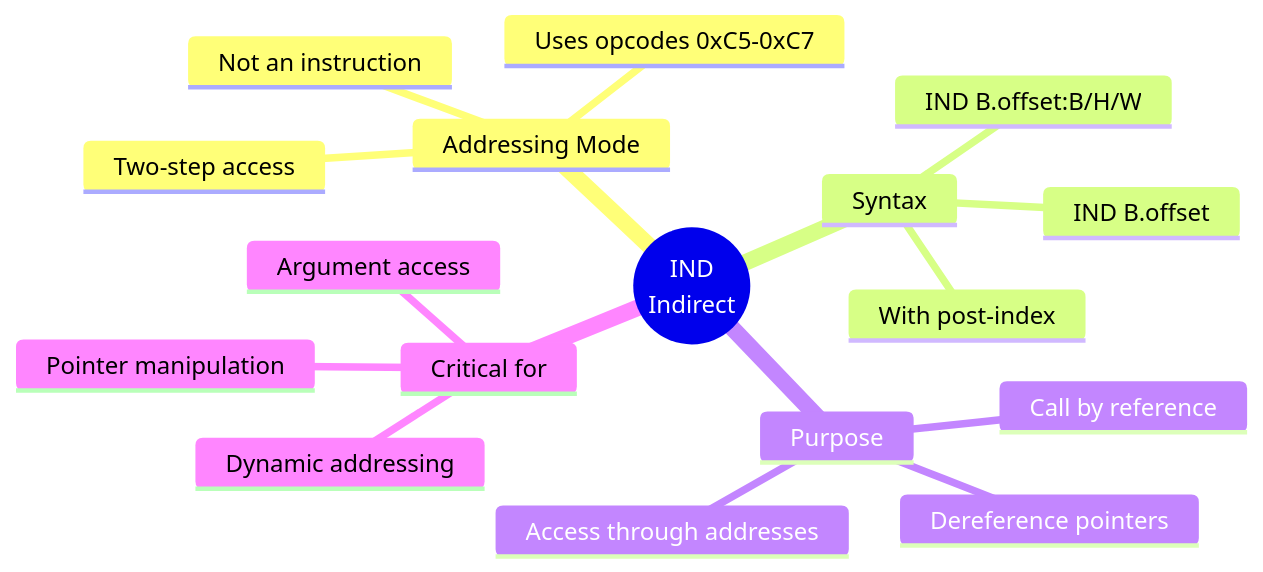
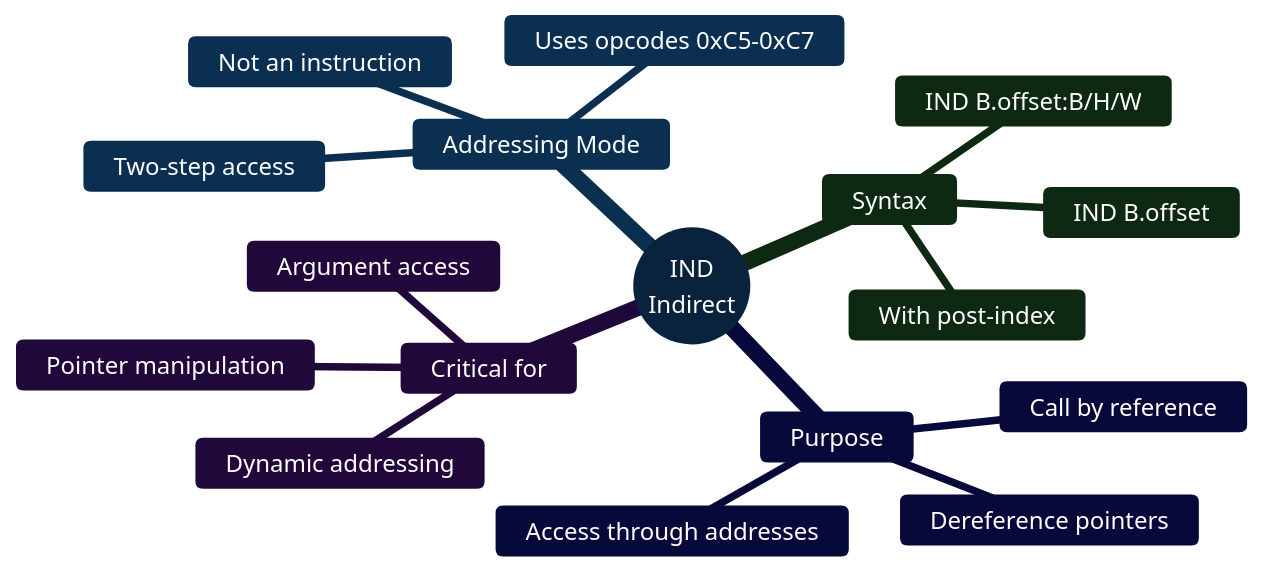
Before and after one commit to RetroCoreLabs/nd500x: the sixth of 25 diagrams in docs/CALL_and_ENTRY_Points_Explained.md, drawn with Mermaid. The commit also changed other lines of this file, not shown here.

First line of the commit message:
docs: Apply WCAG 2.1 AA colors to mindmaps via theme variables

````diff
--- a/docs/CALL_and_ENTRY_Points_Explained.md
+++ b/docs/CALL_and_ENTRY_Points_Explained.md
@@ -214,20 +214,21 @@
 ```mermaid
+%%{init: {'theme':'base', 'themeVariables': { 'primaryColor':'#1864ab', 'primaryTextColor':'#fff', 'primaryBorderColor':'#1864ab', 'lineColor':'#495057', 'secondaryColor':'#1971c2', 'tertiaryColor':'#2b8a3e', 'tertiaryTextColor':'#fff'}}}%%
 mindmap
   root((IND<br/>Indirect))
     Addressing Mode
       Not an instruction
       Uses opcodes 0xC5-0xC7
       Two-step access
     Syntax
       IND B.offset
       IND B.offset:B/H/W
       With post-index
     Purpose
       Dereference pointers
       Call by reference
       Access through addresses
     Critical for
       Argument access
       Pointer manipulation
       Dynamic addressing
 ```
````
